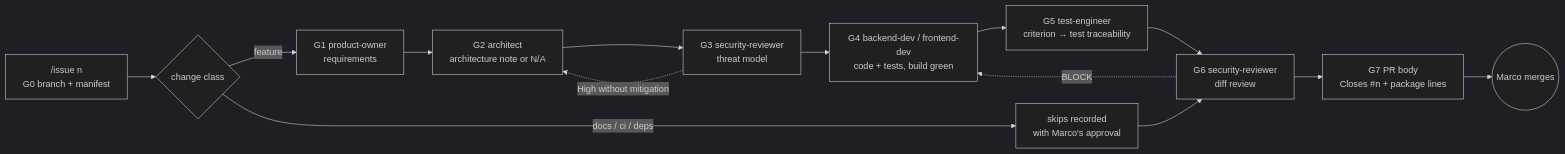
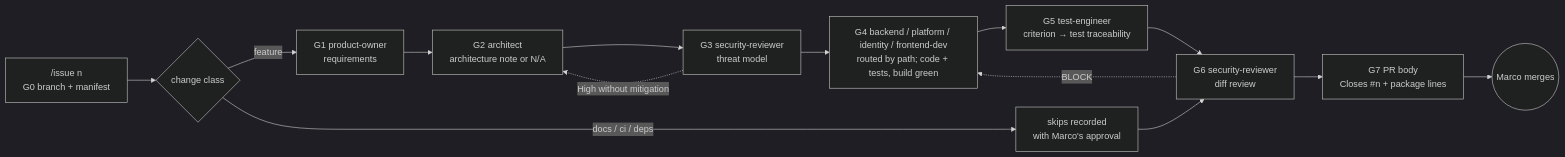
One commit to mpcs2013/decisya changed the diagram in docs/ai/README.md. Above: the diagram before and after it, drawn with Mermaid (dark theme). The commit also changed other lines of this file and 21 other files, not shown here.

First line of the commit message:
feat(claude): split implementer agents into platform-dev and identity-dev (#75)

````diff
--- a/docs/ai/README.md
+++ b/docs/ai/README.md
@@ -45,16 +45,16 @@
 ```mermaid
 flowchart LR
   I["/issue n<br/>G0 branch + manifest"] --> C{change class}
   C -->|feature| R[G1 product-owner<br/>requirements]
   C -->|docs / ci / deps| S[skips recorded<br/>with Marco's approval]
   R --> A[G2 architect<br/>architecture note or N/A]
   A --> T[G3 security-reviewer<br/>threat model]
-  T --> D[G4 backend-dev / frontend-dev<br/>code + tests, build green]
+  T --> D[G4 backend / platform / identity / frontend-dev<br/>routed by path; code + tests, build green]
   D --> Q[G5 test-engineer<br/>criterion → test traceability]
   Q --> V[G6 security-reviewer<br/>diff review]
   S --> V
   V --> P[G7 PR body<br/>Closes #n + package lines]
   P --> M((Marco merges))
   V -. BLOCK .-> D
   T -. High without mitigation .-> A
 ```
````
